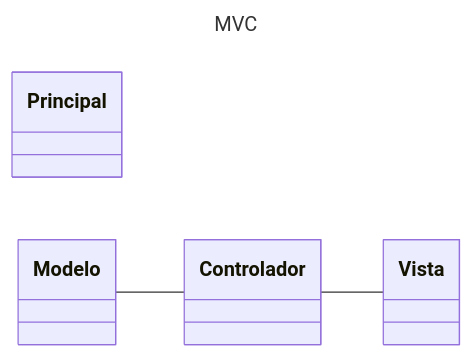
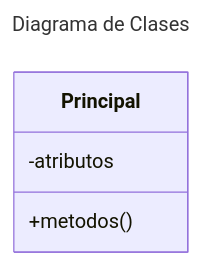
The diagram in README.md (AED1286-POO-GB-EJ24/Jaime-Felix-POO-Base), drawn with Mermaid before and after one commit. The commit also changed other lines of this file, not shown here.

Commit message:
Update README.md (Ok)

````diff
--- a/README.md
+++ b/README.md
@@ -7,13 +7,9 @@
 ```mermaid
 ---
-title: MVC
+title: Diagrama de Clases
 ---
 classDiagram
-      direction LR
       class Principal
-      class Modelo
-      class Controlador
-      class Vista
-      Modelo -- Controlador
-      Controlador -- Vista
+      Principal: -atributos
+      Principal: +metodos()
 ```
````
